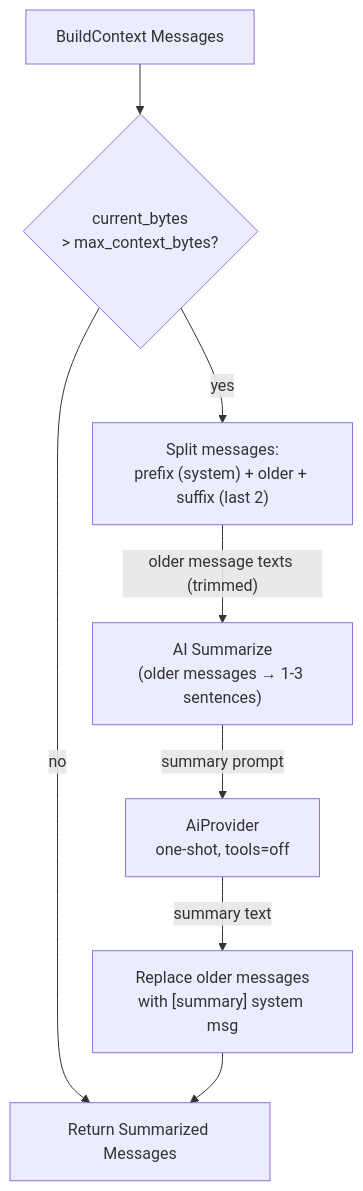
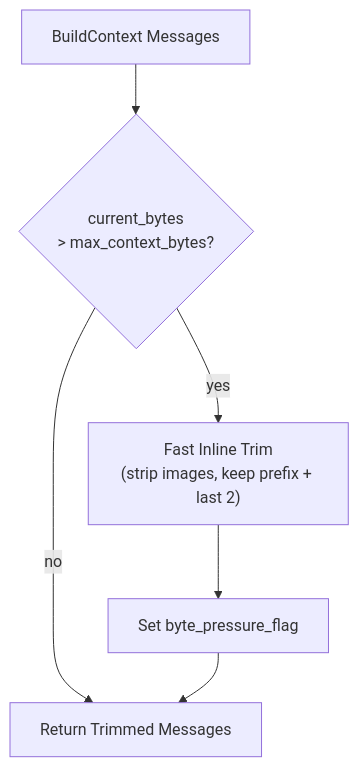
The tenth of 12 diagrams in _dfds/agent-harness.md (cosmoswafer/rockbot), drawn with Mermaid before and after one commit. The commit also changed other lines of this file and 5 other files, not shown here.

````diff
--- a/_dfds/agent-harness.md
+++ b/_dfds/agent-harness.md
@@ -365,18 +369,14 @@
 ```mermaid
 flowchart TD
     CTX[BuildContext Messages]
     CHECK{"current_bytes<br/>> max_context_bytes?"}
-    SPLIT["Split messages:<br/>prefix (system) + older + suffix (last 2)"]
-    SUMMARIZE["AI Summarize<br/>(older messages → 1-3 sentences)"]
-    AI[AiProvider<br/>one-shot, tools=off]
-    REPLACE["Replace older messages<br/>with [summary] system msg"]
-    OUT[Return Summarized Messages]
+    TRIM["Fast Inline Trim<br/>(strip images, keep prefix + last 2)"]
+    SET_FLAG["Set byte_pressure_flag"]
+    OUT[Return Trimmed Messages]
 
     CTX --> CHECK
     CHECK -->|"no"| OUT
-    CHECK -->|"yes"| SPLIT
-    SPLIT -->|"older message texts (trimmed)"| SUMMARIZE
-    SUMMARIZE -->|"summary prompt"| AI
-    AI -->|"summary text"| REPLACE
-    REPLACE --> OUT
+    CHECK -->|"yes"| TRIM
+    TRIM --> SET_FLAG
+    SET_FLAG --> OUT
 ```
````
